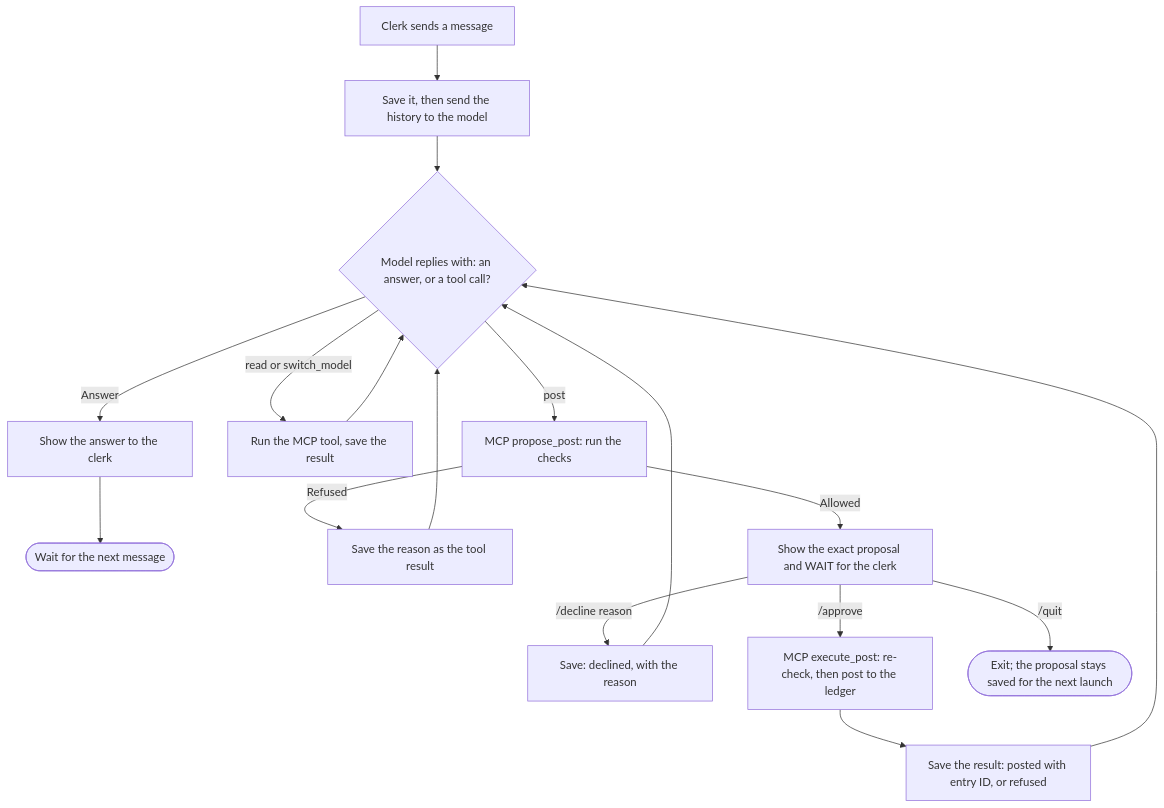
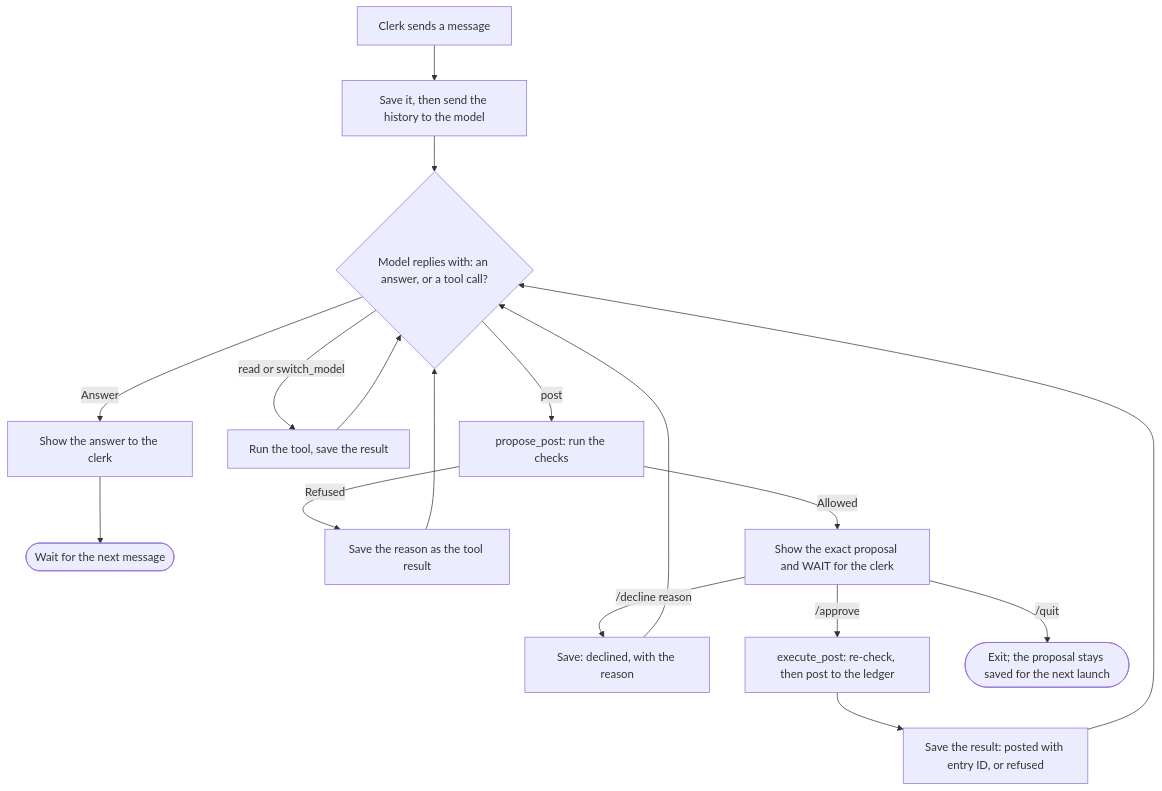
Before and after one commit to dixitbuild/fourX: the second of 5 diagrams in FourX_Agent_Implementation_Plan.md, drawn with Mermaid. The commit also changed other lines of this file and 8 other files, not shown here.

````diff
--- a/FourX_Agent_Implementation_Plan.md
+++ b/FourX_Agent_Implementation_Plan.md
@@ -141,14 +140,14 @@
 ```mermaid
 flowchart TD
     Msg["Clerk sends a message"] --> Save["Save it, then send the history to the model"]
     Save --> Model{"Model replies with: an answer, or a tool call?"}
     Model -->|"Answer"| Show["Show the answer to the clerk"] --> Done([Wait for the next message])
-    Model -->|"read or switch_model"| Run["Run the MCP tool, save the result"] --> Model
-    Model -->|"post"| Propose["MCP propose_post: run the checks"]
+    Model -->|"read or switch_model"| Run["Run the tool, save the result"] --> Model
+    Model -->|"post"| Propose["propose_post: run the checks"]
     Propose -->|"Refused"| Back["Save the reason as the tool result"] --> Model
     Propose -->|"Allowed"| Wait["Show the exact proposal and WAIT for the clerk"]
     Wait -->|"/decline reason"| Declined["Save: declined, with the reason"] --> Model
-    Wait -->|"/approve"| Exec["MCP execute_post: re-check, then post to the ledger"]
+    Wait -->|"/approve"| Exec["execute_post: re-check, then post to the ledger"]
     Exec --> Posted["Save the result: posted with entry ID, or refused"] --> Model
     Wait -->|"/quit"| Kept(["Exit; the proposal stays saved for the next launch"])
 ```
````
